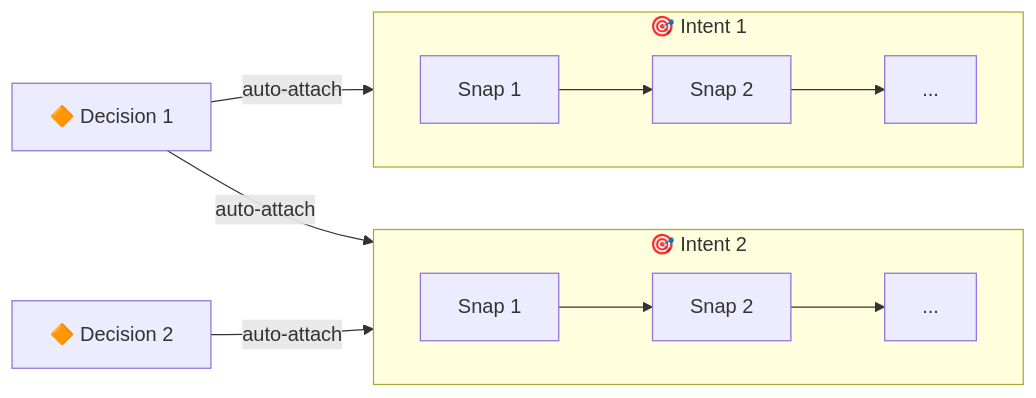
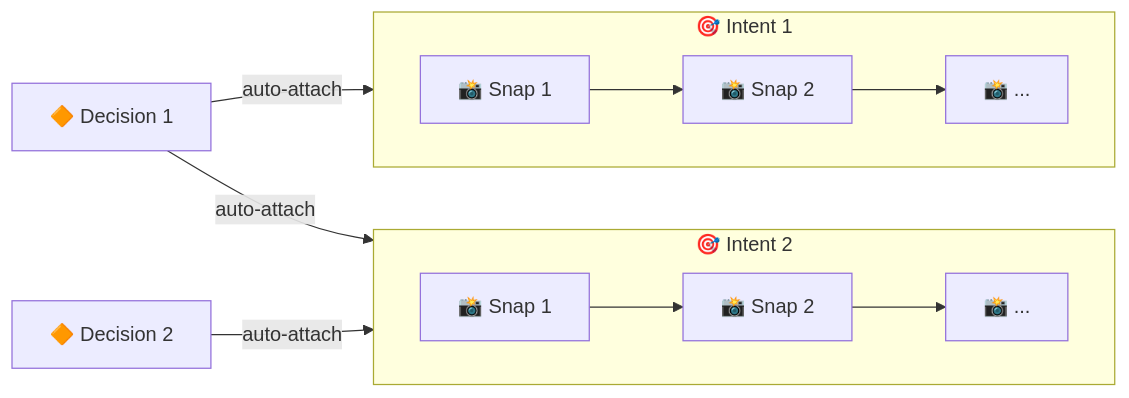
One commit to dozybot001/Intent changed the second of 2 diagrams in README.CN.md. Above: the diagram before and after it, drawn with Mermaid. The commit also changed other lines of this file and 3 other files, not shown here.

First line of the commit message:
Unify object model diagrams across README and cli.md with emoji

````diff
--- a/README.CN.md
+++ b/README.CN.md
@@ -52,19 +52,19 @@
 ```mermaid
 flowchart LR
   D1["🔶 Decision 1"]
   D2["🔶 Decision 2"]
 
   subgraph Intent1["🎯 Intent 1"]
     direction LR
-    S1["Snap 1"] --> S2["Snap 2"] --> S3["..."]
+    S1["📸 Snap 1"] --> S2["📸 Snap 2"] --> S3["📸 ..."]
   end
 
   subgraph Intent2["🎯 Intent 2"]
     direction LR
-    S4["Snap 1"] --> S5["Snap 2"] --> S6["..."]
+    S4["📸 Snap 1"] --> S5["📸 Snap 2"] --> S6["📸 ..."]
   end
 
   D1 -- auto-attach --> Intent1
   D1 -- auto-attach --> Intent2
   D2 -- auto-attach --> Intent2
 ```
````
